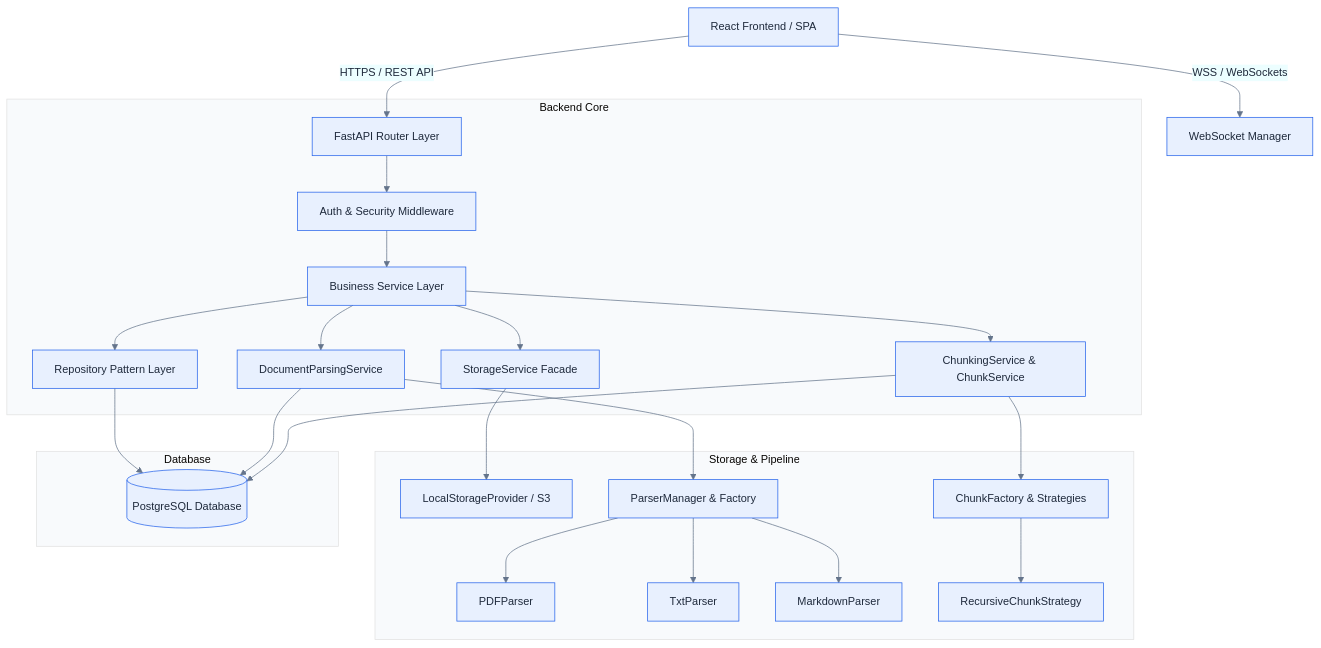
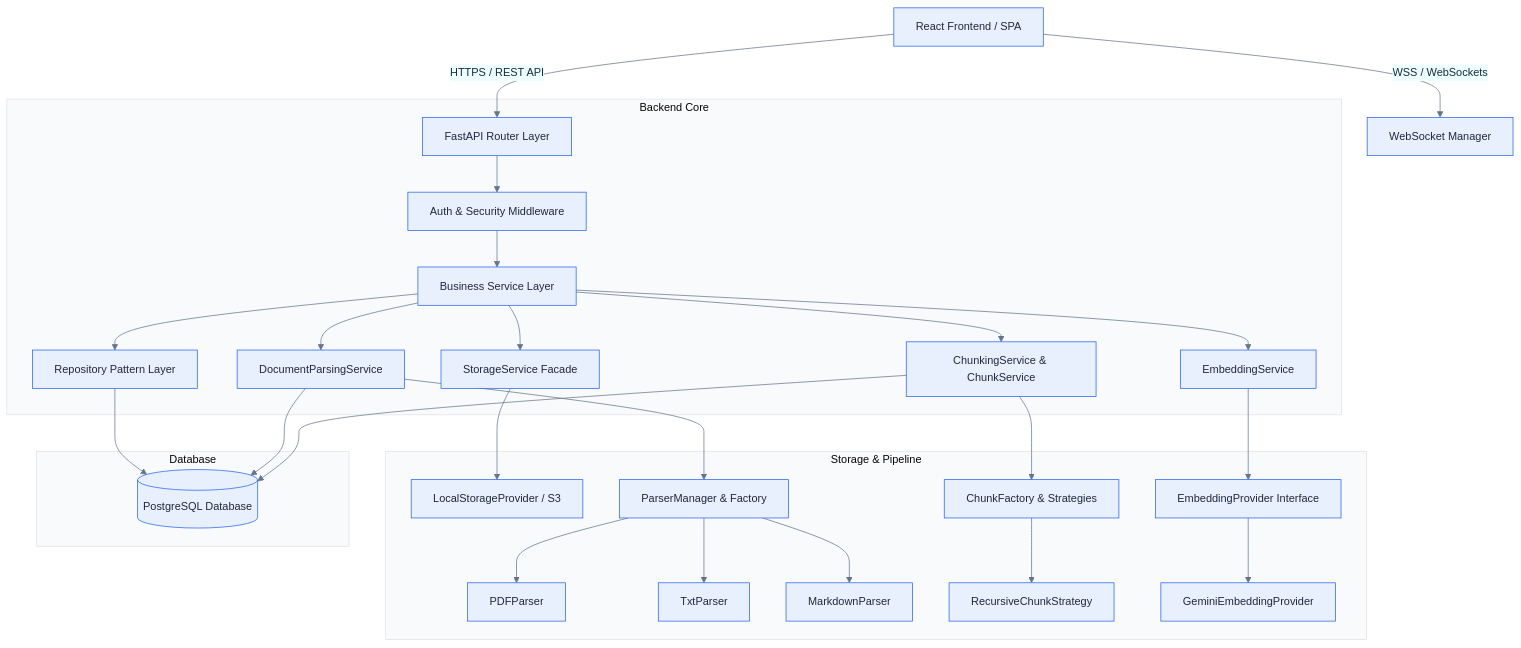
Before and after one commit to joshi-chinmay-016/SkillSwap: the first of 10 diagrams in README.md, drawn with Mermaid. The commit also changed other lines of this file and 12 other files, not shown here.

````diff
--- a/README.md
+++ b/README.md
@@ -89,43 +98,46 @@
 ```mermaid
 %%{init: {
 "theme":"base",
 "themeVariables":{
 "primaryColor":"#E8F0FE",
 "primaryBorderColor":"#2563EB",
 "primaryTextColor":"#1E293B",
 "secondaryColor":"#ECFEFF",
 "tertiaryColor":"#F8FAFC",
 "lineColor":"#64748B",
 "fontSize":"15px"
 }
 }}%%
 graph TD
     Client[React Frontend / SPA] -->|HTTPS / REST API| Router[FastAPI Router Layer]
     Client -->|WSS / WebSockets| WS[WebSocket Manager]
     
     subgraph Backend Core
         Router --> Auth[Auth & Security Middleware]
         Auth --> Service[Business Service Layer]
         Service --> Repo[Repository Pattern Layer]
         
         Service --> StorageSvc[StorageService Facade]
         Service --> ParseSvc[DocumentParsingService]
         Service --> ChunkingSvc[ChunkingService & ChunkService]
+        Service --> EmbedSvc[EmbeddingService]
     end
     
     subgraph Storage & Pipeline
         StorageSvc --> StorageProv[LocalStorageProvider / S3]
         ParseSvc --> ParserMgr[ParserManager & Factory]
         ParserMgr --> PDFP[PDFParser]
         ParserMgr --> TXTP[TxtParser]
         ParserMgr --> MDP[MarkdownParser]
         ChunkingSvc --> ChunkFactory[ChunkFactory & Strategies]
         ChunkFactory --> RecursiveStrat[RecursiveChunkStrategy]
+        EmbedSvc --> EmbedProvider[EmbeddingProvider Interface]
+        EmbedProvider --> GeminiEmbed[GeminiEmbeddingProvider]
     end
     
     subgraph Database
         Repo --> DB[(PostgreSQL Database)]
         ParseSvc --> DB
         ChunkingSvc --> DB
     end
 ```
````
